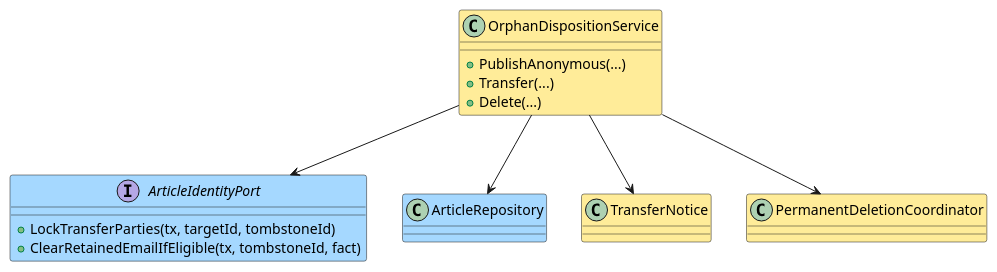
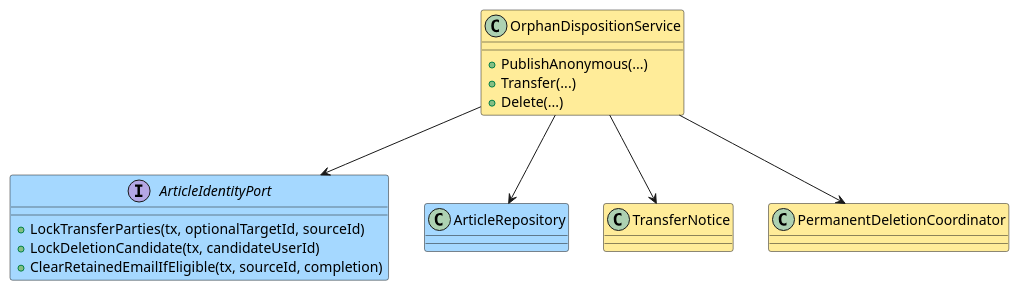
One commit to jianghua-hub-ai/han changed diagram 22 of 28 in .add/project/knowledge/design-workspace/article-management/design.md. Above: the diagram before and after it, drawn with PlantUML. The commit also changed other lines of this file and 26 other files, not shown here.

````diff
--- a/.add/project/knowledge/design-workspace/article-management/design.md
+++ b/.add/project/knowledge/design-workspace/article-management/design.md
@@ -1410,21 +1718,22 @@
 ```plantuml
 @startuml
 skinparam shadowing false
 class OrphanDispositionService #ffec99 {
   +PublishAnonymous(...)
   +Transfer(...)
   +Delete(...)
 }
 interface ArticleIdentityPort #a5d8ff {
-  +LockTransferParties(tx, targetId, tombstoneId)
-  +ClearRetainedEmailIfEligible(tx, tombstoneId, fact)
+  +LockTransferParties(tx, optionalTargetId, sourceId)
+  +LockDeletionCandidate(tx, candidateUserId)
+  +ClearRetainedEmailIfEligible(tx, sourceId, completion)
 }
 class ArticleRepository #a5d8ff
 class TransferNotice #ffec99
 class PermanentDeletionCoordinator #ffec99
 OrphanDispositionService --> ArticleIdentityPort
 OrphanDispositionService --> ArticleRepository
 OrphanDispositionService --> TransferNotice
 OrphanDispositionService --> PermanentDeletionCoordinator
 @enduml
 ```
````
